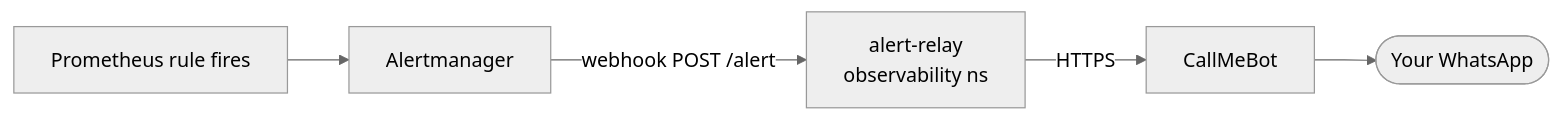
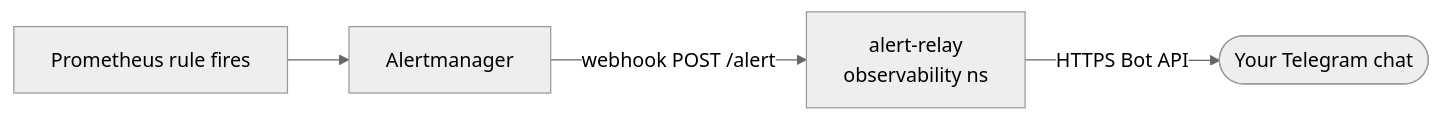
Before and after one commit to jeneeldumasia/ShipZen-GCP: the diagram in docs/operations/monitoring.md, drawn with Mermaid (neutral theme). The commit also changed other lines of this file and 14 other files, not shown here.

First line of the commit message:
Send alerts to Telegram instead of WhatsApp

````diff
--- a/docs/operations/monitoring.md
+++ b/docs/operations/monitoring.md
@@ -55,4 +55,4 @@
 ```mermaid
 flowchart LR
-    prom[Prometheus rule fires] --> am[Alertmanager] -->|webhook POST /alert| relay[alert-relay<br/>observability ns] -->|HTTPS| cmb[CallMeBot] --> wa([Your WhatsApp])
+    prom[Prometheus rule fires] --> am[Alertmanager] -->|webhook POST /alert| relay[alert-relay<br/>observability ns] -->|HTTPS Bot API| tg([Your Telegram chat])
 ```
````
